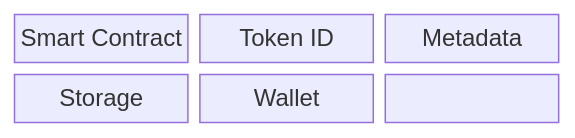
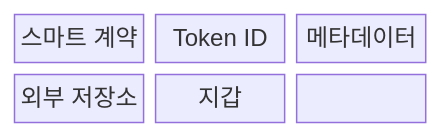
One commit to agnusdei1207/knowledge-base changed the first of 2 diagrams in src/content/docs/notes/08-latest-tech/223_nft_non_fungible_token.md. Above: the diagram before and after it, drawn with Mermaid. The commit also changed other lines of this file and 6 other files, not shown here.

````diff
--- a/src/content/docs/notes/08-latest-tech/223_nft_non_fungible_token.md
+++ b/src/content/docs/notes/08-latest-tech/223_nft_non_fungible_token.md
@@ -68,11 +71,11 @@
 ```mermaid
 block-beta
   columns 3
-  N0["Smart Contract"]
+  N0["스마트 계약"]
   N1["Token ID"]
-  N2["Metadata"]
-  N3["Storage"]
-  N4["Wallet"]
+  N2["메타데이터"]
+  N3["외부 저장소"]
+  N4["지갑"]
   N0 --- N1 --- N2
   N2 --- N3 --- N4
 ```
````
